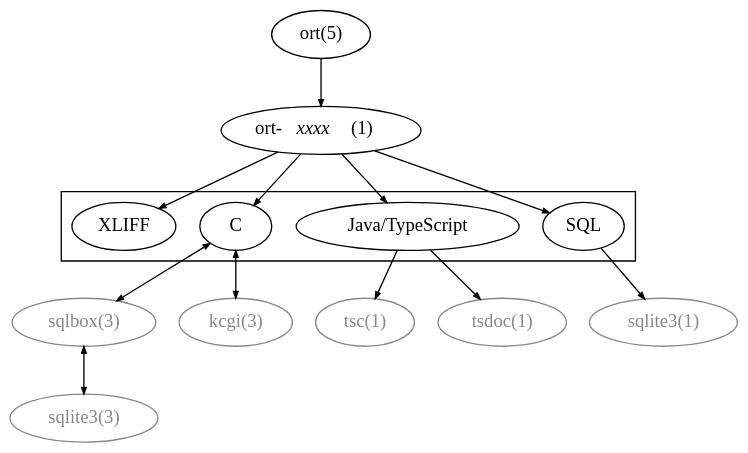
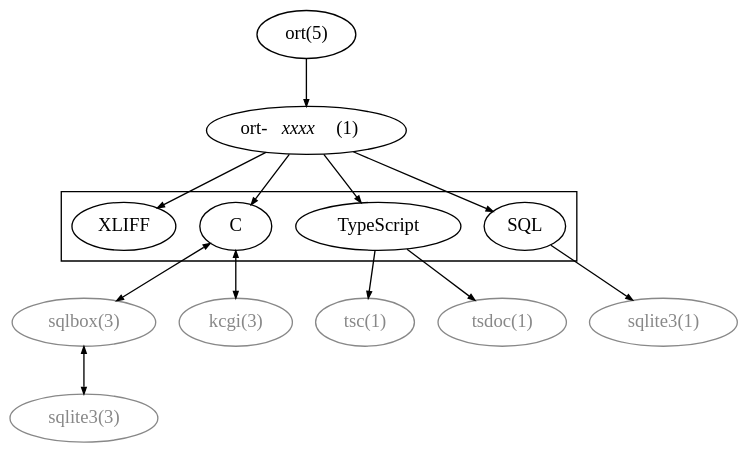
Before and after one commit to kristapsdz/openradtool: the diagram in index.dot, drawn with Graphviz.

Commit message:
Be specific about typescript.

```diff
--- a/index.dot
+++ b/index.dot
@@ -1,43 +1,43 @@
 digraph {
 	edge [arrowsize="0.5";];
 	bgcolor="transparent";
 	splines=false;
 
 	cfg[label="ort(5)"];
 	bin[label=< ort-<I>xxxx</I>&nbsp;&nbsp;(1) >];
 
 	{ rank=same; cfg; }
 	{ rank=same; bin; }
 
 	subgraph cluster0 {
 		{ rank=same; src; js; sql; }
 		src[label="C"];
-		js[label="Java/TypeScript"];
+		js[label="TypeScript"];
 		sql[label="SQL"];
 		xliff[label="XLIFF"];
 	}
 	cfg -> bin;
 	bin -> src;
 	bin -> js;
 	bin -> sql;
 	bin -> xliff;
 
 	{ rank=same; sqlbox; kcgi; sqlite1; tsc; tsdoc; }
 	{ rank=same; sqlite; }
 
 	sqlite1[label="sqlite3(1)", fontcolor="#888888", color="#888888"];
 	tsc[label="tsc(1)", fontcolor="#888888", color="#888888"];
 	tsdoc[label="tsdoc(1)", fontcolor="#888888", color="#888888"];
 	kcgi[label="kcgi(3)", fontcolor="#888888", color="#888888"];
 	sqlbox[label="sqlbox(3)", fontcolor="#888888", color="#888888"];
 	sqlite[label="sqlite3(3)", fontcolor="#888888", color="#888888"];
 
 	sql -> sqlite1;
 
 	js -> tsc;
 	js -> tsdoc;
 
 	src -> sqlbox[dir="both"];
 	src -> kcgi[dir="both"];
 	sqlbox -> sqlite[dir="both"];
 }
```
